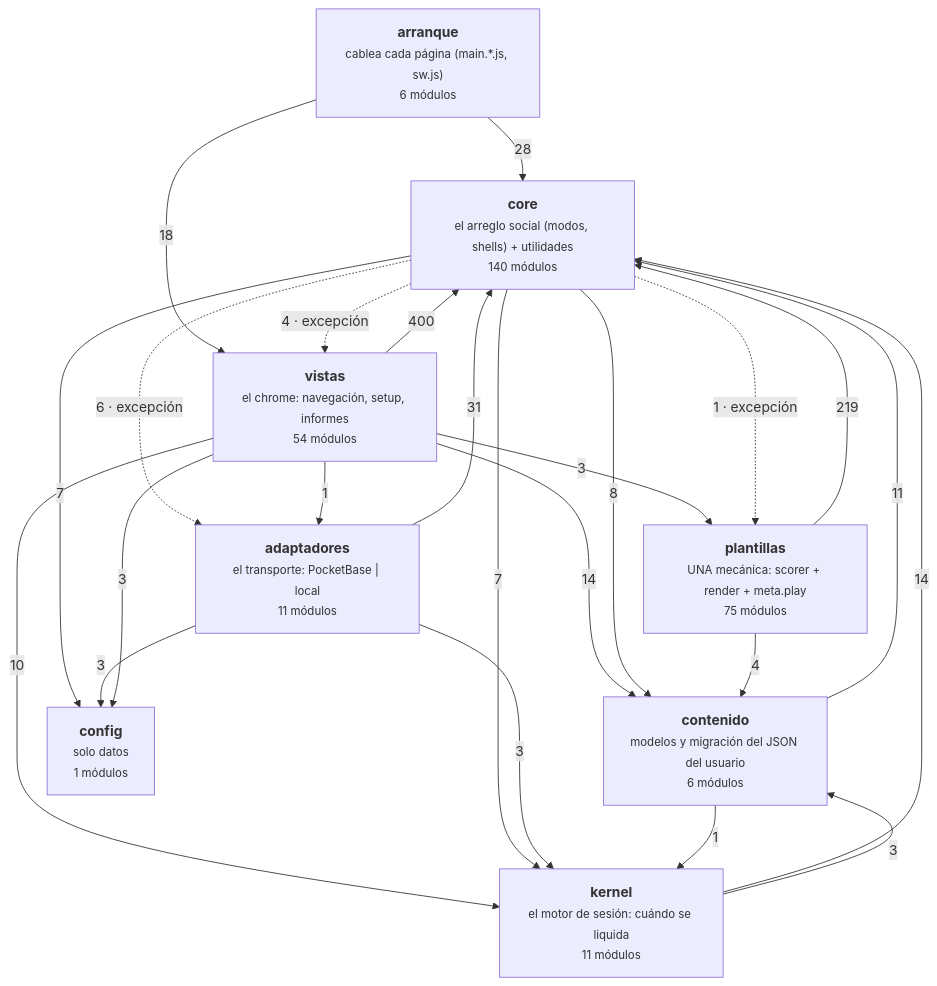
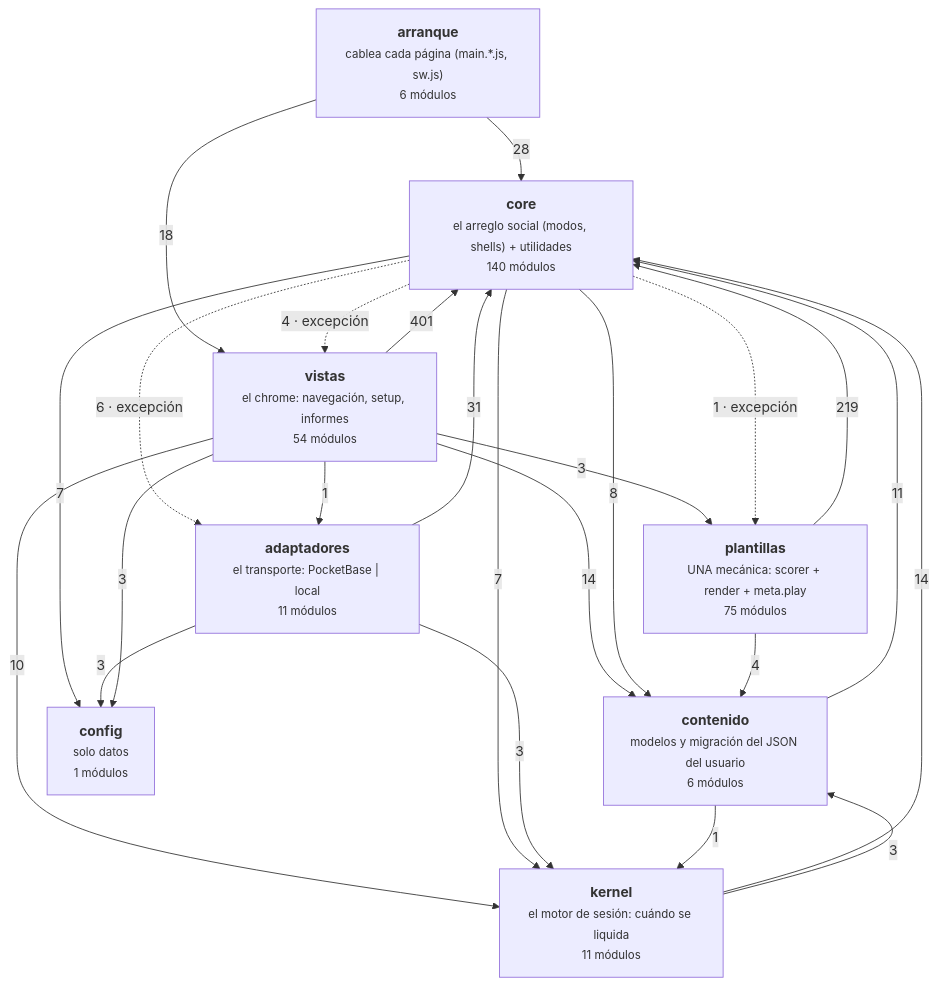
One commit to duecaz/ac changed the diagram in docs/arquitectura-modulos.md. Above: the diagram before and after it, drawn with Mermaid. The commit also changed other lines of this file and 38 other files, not shown here.

````diff
--- a/docs/arquitectura-modulos.md
+++ b/docs/arquitectura-modulos.md
@@ -56,34 +56,34 @@
 ```mermaid
 graph TD
   A["<b>arranque</b><br/><small>cablea cada página (main.*.js, sw.js)</small><br/><small>6 módulos</small>"]
   V["<b>vistas</b><br/><small>el chrome: navegación, setup, informes</small><br/><small>54 módulos</small>"]
   AD["<b>adaptadores</b><br/><small>el transporte: PocketBase | local</small><br/><small>11 módulos</small>"]
   C["<b>core</b><br/><small>el arreglo social (modos, shells) + utilidades</small><br/><small>140 módulos</small>"]
   K["<b>kernel</b><br/><small>el motor de sesión: cuándo se liquida</small><br/><small>11 módulos</small>"]
   T["<b>plantillas</b><br/><small>UNA mecánica: scorer + render + meta.play</small><br/><small>75 módulos</small>"]
   CO["<b>contenido</b><br/><small>modelos y migración del JSON del usuario</small><br/><small>6 módulos</small>"]
   CF["<b>config</b><br/><small>solo datos</small><br/><small>1 módulos</small>"]
-  V -->|400| C
+  V -->|401| C
   T -->|219| C
   AD -->|31| C
   A -->|28| C
   A -->|18| V
   K -->|14| C
   V -->|14| CO
   CO -->|11| C
   V -->|10| K
   C -->|8| CO
   C -->|7| K
   C -->|7| CF
   C -.->|6 · excepción| AD
   C -.->|4 · excepción| V
   T -->|4| CO
   AD -->|3| CF
   AD -->|3| K
   K -->|3| CO
   V -->|3| CF
   V -->|3| T
   C -.->|1 · excepción| T
   CO -->|1| K
   V -->|1| AD
 ```
````
